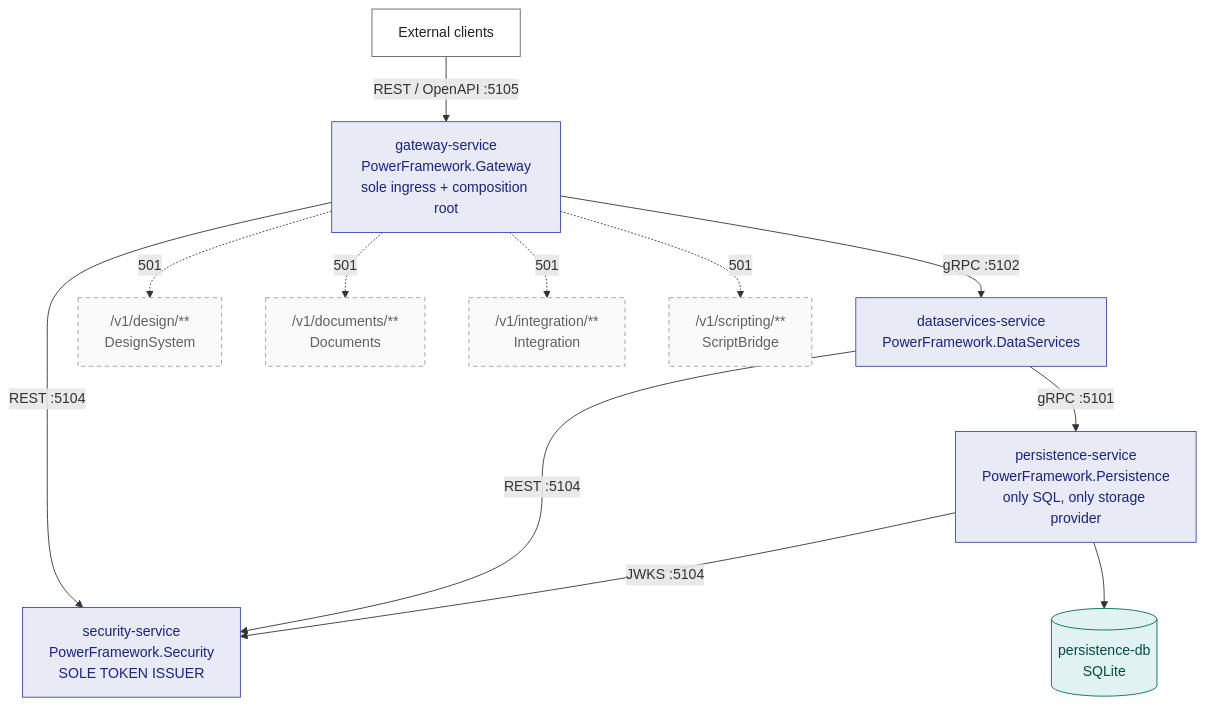
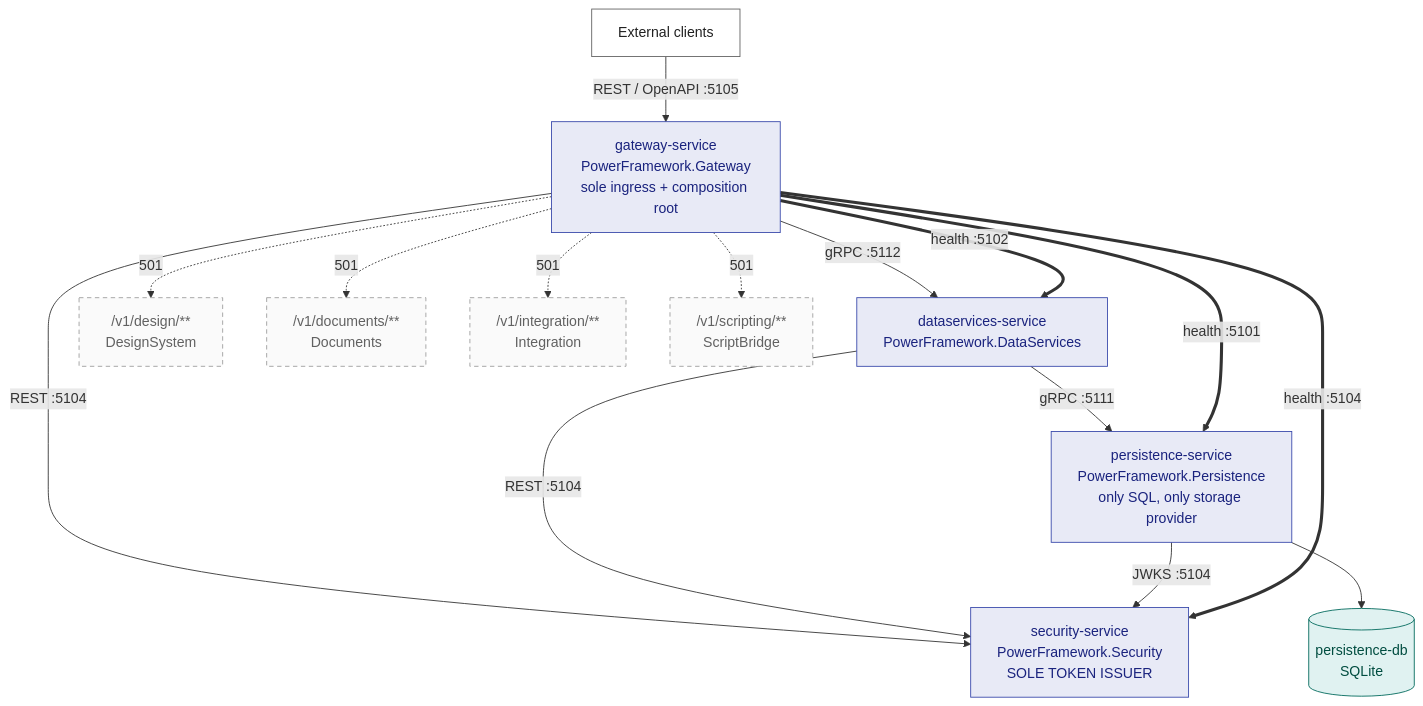
One commit to blitzy-public-samples/blitzy-pfw changed the diagram in docs/ARCHITECTURE.md. Above: the diagram before and after it, drawn with Mermaid. The commit also changed other lines of this file and 234 other files, not shown here.

````diff
--- a/docs/ARCHITECTURE.md
+++ b/docs/ARCHITECTURE.md
@@ -293,37 +330,41 @@
 ```mermaid
 graph TB
     EXT["External clients"]
     GW["gateway-service<br/>PowerFramework.Gateway<br/>sole ingress + composition root"]
     DS["dataservices-service<br/>PowerFramework.DataServices"]
     PER["persistence-service<br/>PowerFramework.Persistence<br/>only SQL, only storage provider"]
     SEC["security-service<br/>PowerFramework.Security<br/>SOLE TOKEN ISSUER"]
     DB[("persistence-db<br/>SQLite")]
 
     EXT -->|"REST / OpenAPI :5105"| GW
-    GW -->|"gRPC :5102"| DS
+    GW -->|"gRPC :5112"| DS
     GW -->|"REST :5104"| SEC
-    DS -->|"gRPC :5101"| PER
+    DS -->|"gRPC :5111"| PER
     DS -->|"REST :5104"| SEC
     PER -->|"JWKS :5104"| SEC
     PER --> DB
+
+    GW ==>|"health :5101"| PER
+    GW ==>|"health :5102"| DS
+    GW ==>|"health :5104"| SEC
 
     D1["/v1/design/**<br/>DesignSystem"]
     D2["/v1/documents/**<br/>Documents"]
     D3["/v1/integration/**<br/>Integration"]
     D4["/v1/scripting/**<br/>ScriptBridge"]
 
     GW -.->|"501"| D1
     GW -.->|"501"| D2
     GW -.->|"501"| D3
     GW -.->|"501"| D4
 
     classDef built fill:#e8eaf6,stroke:#3949ab,stroke-width:1px,color:#1a237e
     classDef store fill:#e0f2f1,stroke:#00695c,stroke-width:1px,color:#004d40
     classDef reserved fill:#fafafa,stroke:#9e9e9e,stroke-width:1px,stroke-dasharray:5 4,color:#616161
     classDef ext fill:#ffffff,stroke:#616161,stroke-width:1px,color:#212121
 
     class GW,DS,PER,SEC built
     class DB store
     class D1,D2,D3,D4 reserved
     class EXT ext
 ```
````
